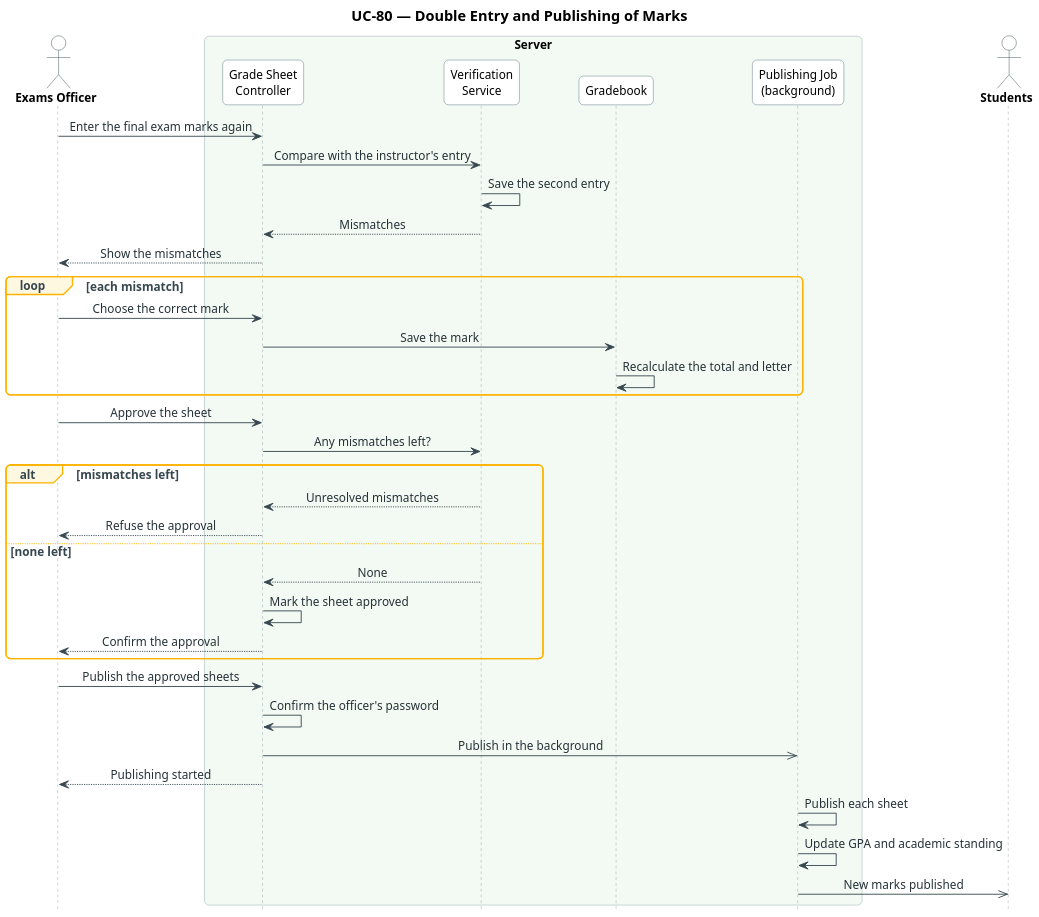
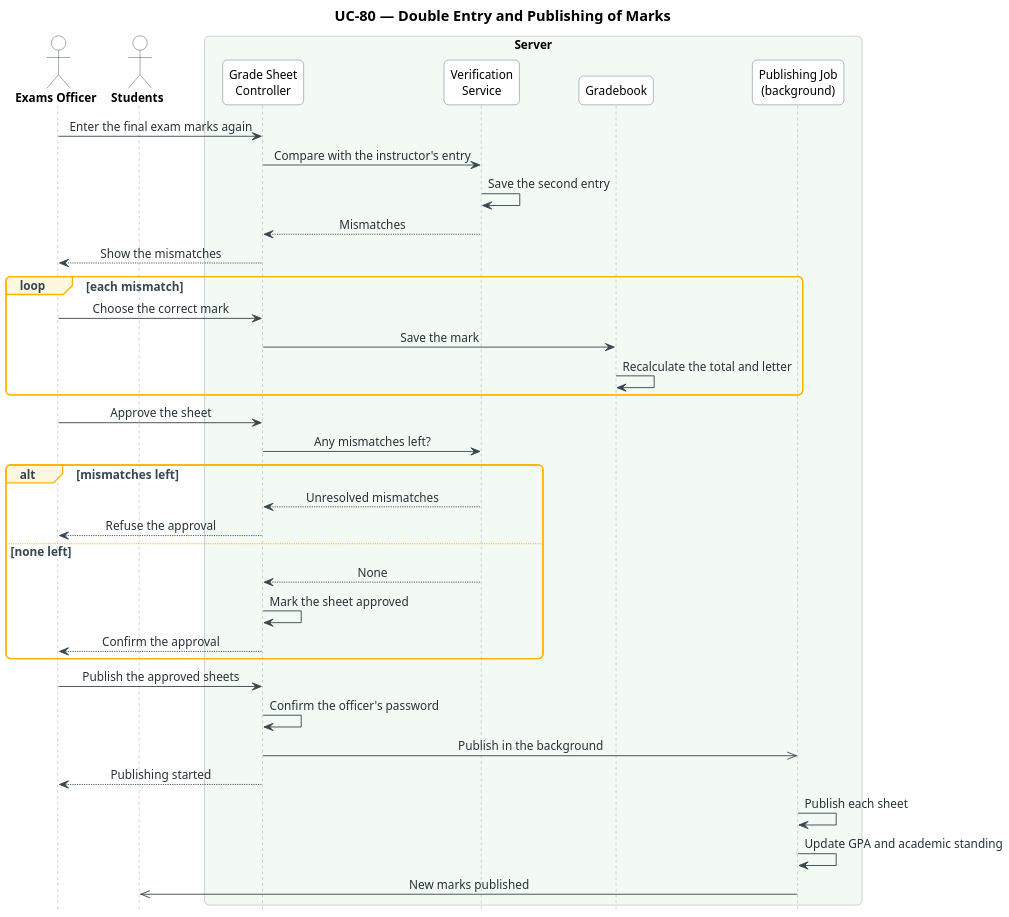
Before and after one commit to abdalkareemhegazy/OptiTime: diagram 14 of 16 in Files/Assets/UseCases/Sequence Diagram/New/optitime-sequence-diagrams.md, drawn with PlantUML. The commit also changed other lines of this file and 24 other files, not shown here.

First line of the commit message:
OPT-11 Update main-case sequence diagrams

````diff
--- a/Files/Assets/UseCases/Sequence Diagram/New/optitime-sequence-diagrams.md
+++ b/Files/Assets/UseCases/Sequence Diagram/New/optitime-sequence-diagrams.md
@@ -1149,72 +1149,72 @@
 ```plantuml
 @startuml UC-80_verify_publish_grades
 skinparam dpi 150
 ' ===== النمط الموحّد (مثل مخططات النشاط) =====
 skinparam defaultFontName Tahoma
 skinparam defaultFontSize 13
 skinparam shadowing false
 skinparam roundcorner 10
 skinparam ArrowColor #37474F
 skinparam ArrowFontColor #263238
 skinparam TitleFontSize 16
 skinparam TitleFontStyle bold
 skinparam ParticipantBackgroundColor #FFFFFF
 skinparam ParticipantBorderColor #546E7A
 skinparam ParticipantFontSize 13
 skinparam ActorBackgroundColor #FFFFFF
 skinparam ActorBorderColor #37474F
 skinparam ActorFontSize 13
 skinparam ActorFontStyle bold
 skinparam SequenceLifeLineBorderColor #90A4AE
 skinparam SequenceBoxBorderColor #90A4AE
 skinparam SequenceBoxFontSize 14
 skinparam SequenceBoxFontStyle bold
 skinparam SequenceGroupBorderColor #FFB300
 skinparam SequenceGroupBackgroundColor #FFF8E1
 skinparam SequenceGroupFontColor #37474F
 skinparam SequenceGroupHeaderFontColor #37474F
 skinparam sequenceMessageAlign center
 skinparam ParticipantPadding 16
 skinparam BoxPadding 12
 hide footbox
 ' ===== المخطط =====
 title UC-80 — Double Entry and Publishing of Marks
 
 actor "Exams Officer" as U
+actor "Students" as R
 box "Server" #F3FAF3
   participant "Grade Sheet\nController" as GC
   participant "Verification\nService" as VS
   participant "Gradebook" as GB
   participant "Publishing Job\n(background)" as PJ
 end box
-actor "Students" as R
 
 U -> GC : Enter the final exam marks again
 GC -> VS : Compare with the instructor's entry
 VS -> VS : Save the second entry
 VS --> GC : Mismatches
 GC --> U : Show the mismatches
 loop each mismatch
   U -> GC : Choose the correct mark
   GC -> GB : Save the mark
   GB -> GB : Recalculate the total and letter
 end
 U -> GC : Approve the sheet
 GC -> VS : Any mismatches left?
 alt mismatches left
   VS --> GC : Unresolved mismatches
   GC --> U : Refuse the approval
 else none left
   VS --> GC : None
   GC -> GC : Mark the sheet approved
   GC --> U : Confirm the approval
 end
 U -> GC : Publish the approved sheets
 GC -> GC : Confirm the officer's password
 GC ->> PJ : Publish in the background
 GC --> U : Publishing started
 PJ -> PJ : Publish each sheet
 PJ -> PJ : Update GPA and academic standing
 PJ ->> R : New marks published
 @enduml
 ```
````
